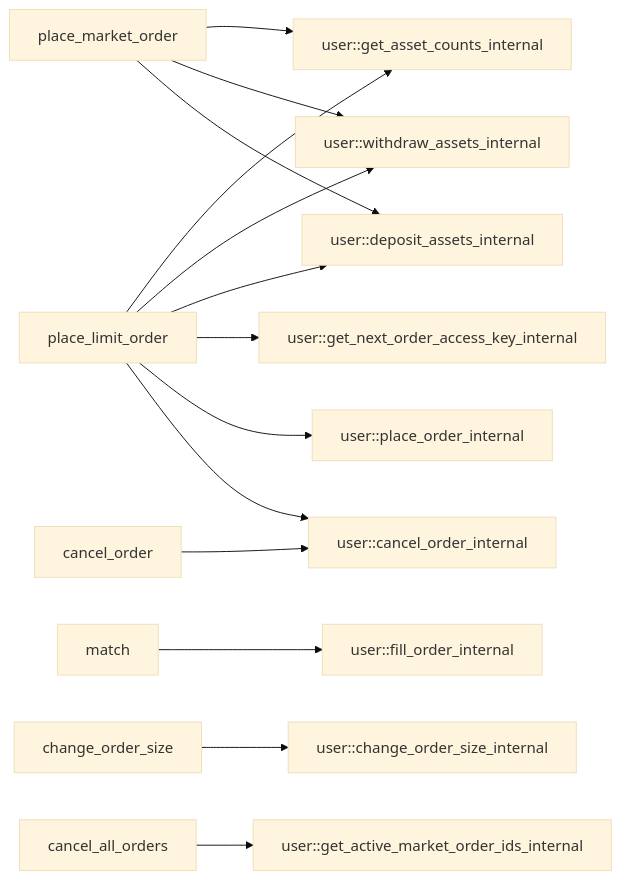
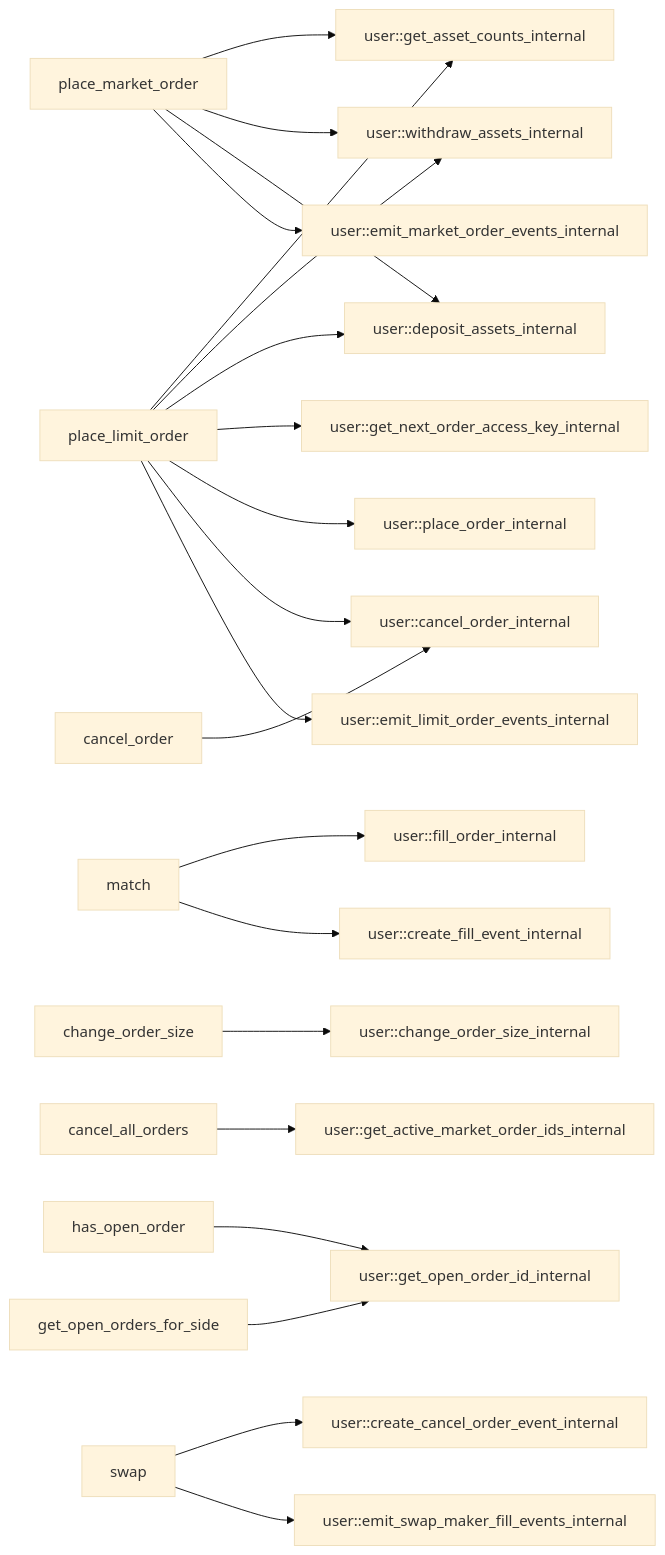
One commit to econia-labs/econia changed the tenth of 10 diagrams in src/move/econia/doc/market.md. Above: the diagram before and after it, drawn with Mermaid (base theme). The commit also changed other lines of this file and 276 other files, not shown here.

````diff
--- a/src/move/econia/doc/market.md
+++ b/src/move/econia/doc/market.md
@@ -413,24 +480,34 @@
 ``` mermaid
 
 flowchart LR
 
 place_limit_order --> user::get_asset_counts_internal
 place_limit_order --> user::withdraw_assets_internal
 place_limit_order --> user::deposit_assets_internal
 place_limit_order --> user::get_next_order_access_key_internal
 place_limit_order --> user::place_order_internal
 place_limit_order --> user::cancel_order_internal
+place_limit_order --> user::emit_limit_order_events_internal
 
 place_market_order --> user::get_asset_counts_internal
 place_market_order --> user::withdraw_assets_internal
 place_market_order --> user::deposit_assets_internal
+place_market_order --> user::emit_market_order_events_internal
 
 match --> user::fill_order_internal
+match --> user::create_fill_event_internal
 
 change_order_size --> user::change_order_size_internal
 
 cancel_order --> user::cancel_order_internal
 
 cancel_all_orders --> user::get_active_market_order_ids_internal
 
+has_open_order --> user::get_open_order_id_internal
+
+get_open_orders_for_side --> user::get_open_order_id_internal
+
+swap --> user::create_cancel_order_event_internal
+swap --> user::emit_swap_maker_fill_events_internal
+
 ```
````
